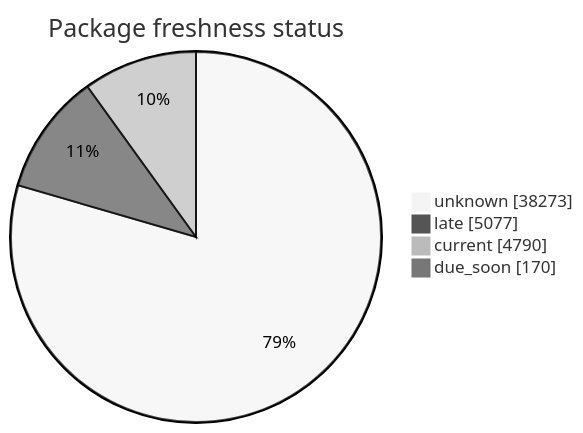
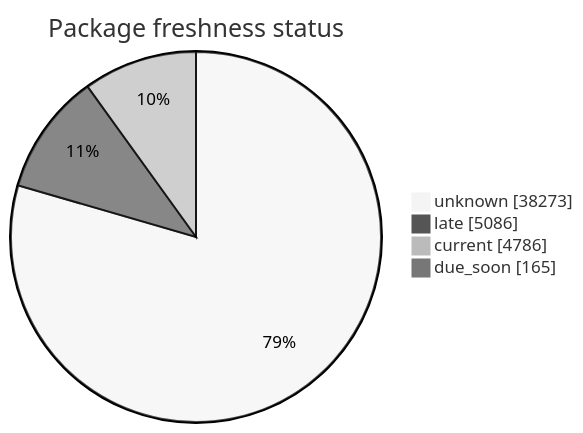
One commit to open-data/analytics-corporate-reporting changed the second of 5 diagrams in FreshCheck/README.md. Above: the diagram before and after it, drawn with Mermaid (neutral theme). The commit also changed other lines of this file and 3 other files, not shown here.

````diff
--- a/FreshCheck/README.md
+++ b/FreshCheck/README.md
@@ -68,7 +68,7 @@
 ```mermaid
 pie showData title Package freshness status
     "unknown": 38273
-    "late": 5077
-    "current": 4790
-    "due_soon": 170
+    "late": 5086
+    "current": 4786
+    "due_soon": 165
 ```
````
